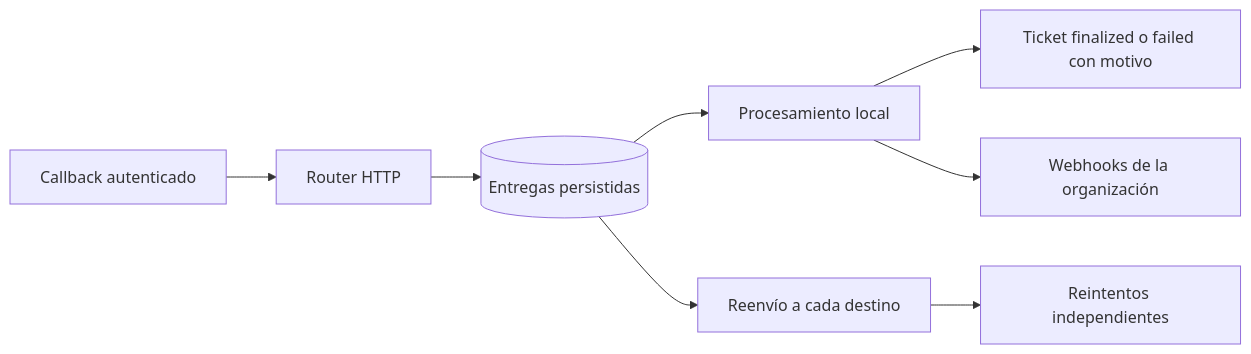
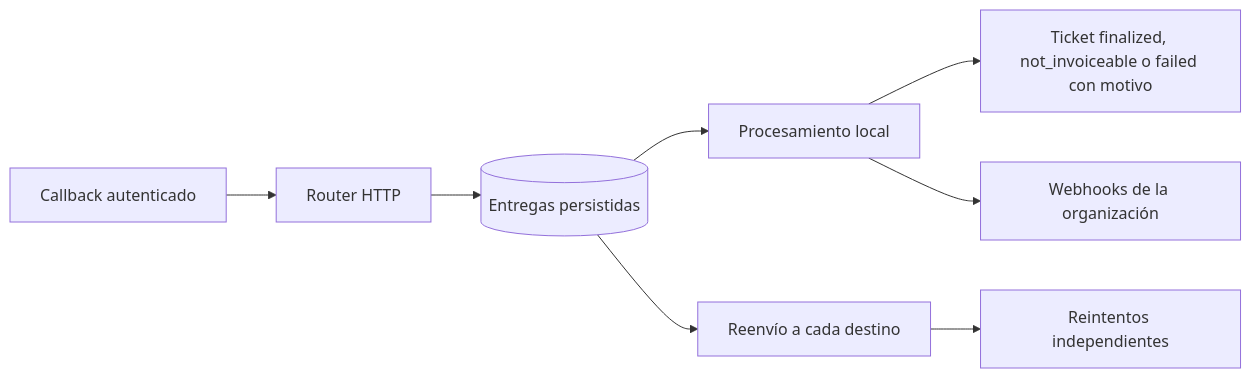
Before and after one commit to heyalexrmz/api-admin-boilerplate: the diagram in docs/webhook-router.md, drawn with Mermaid. The commit also changed other lines of this file and 31 other files, not shown here.

Commit message:
Add manual ticket retries and non-invoiceable outcomes

````diff
--- a/docs/webhook-router.md
+++ b/docs/webhook-router.md
@@ -7,10 +7,10 @@
 ```mermaid
 flowchart LR
   A[Callback autenticado] --> B[Router HTTP]
   B --> C[(Entregas persistidas)]
   C --> D[Procesamiento local]
   C --> E[Reenvío a cada destino]
-  D --> F[Ticket finalized o failed con motivo]
+  D --> F[Ticket finalized, not_invoiceable o failed con motivo]
   D --> G[Webhooks de la organización]
   E --> H[Reintentos independientes]
 ```
````
